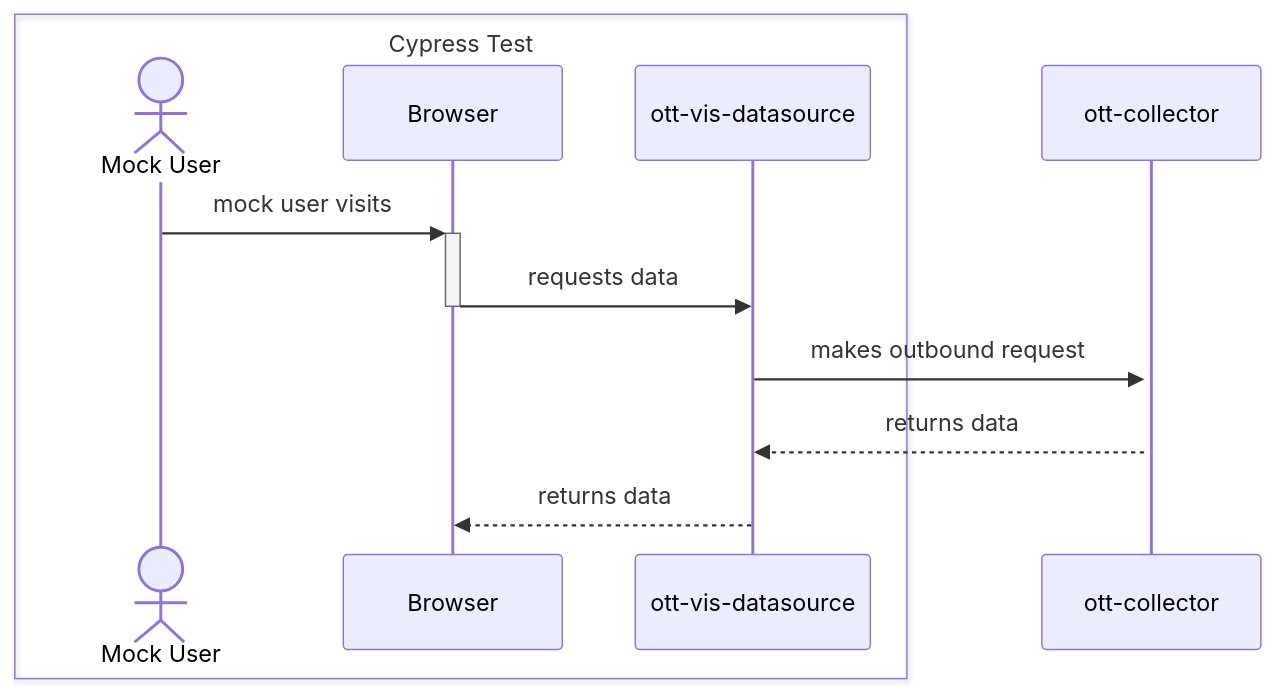
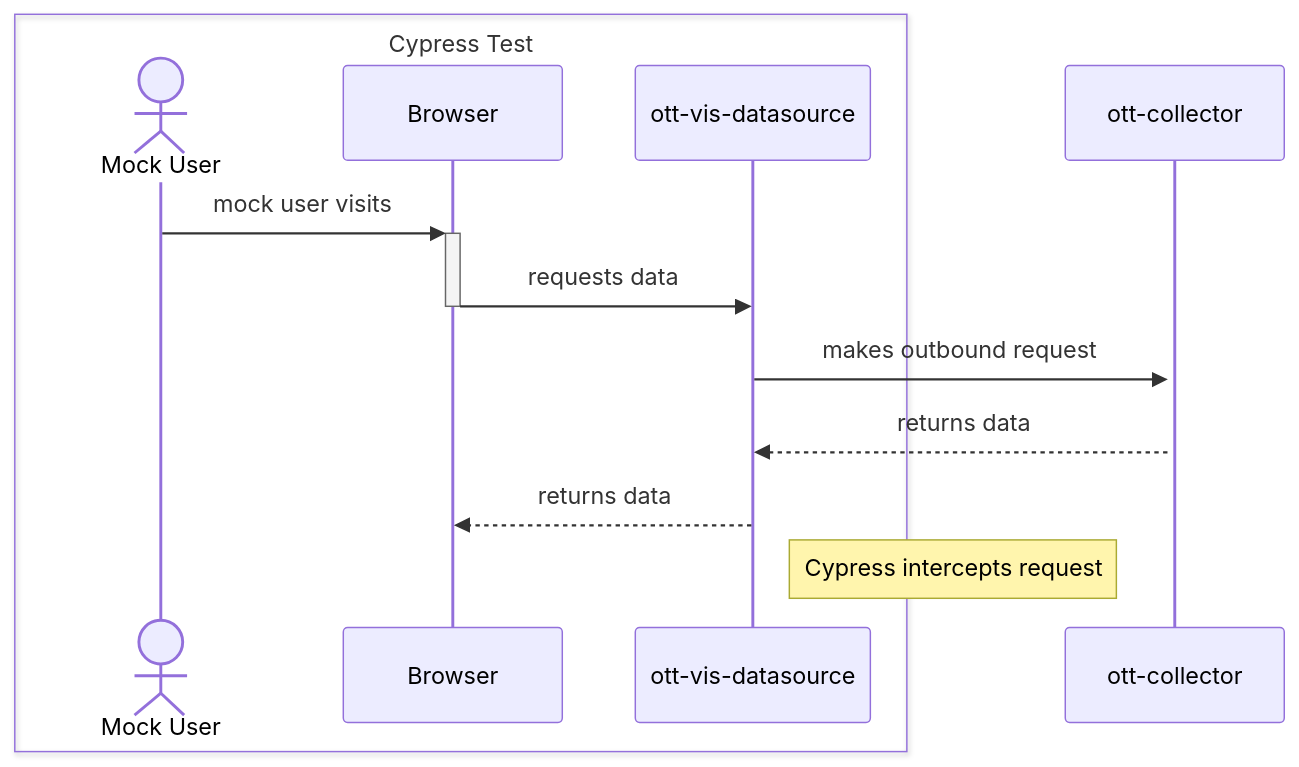
One commit to dyc3/senior-design changed the diagram in figures/vis/visualization-datasource-smoketest-sequence.mmd. Above: the diagram before and after it, drawn with Mermaid. The commit also changed 1 other file, not shown here.

```diff
--- a/figures/vis/visualization-datasource-smoketest-sequence.mmd
+++ b/figures/vis/visualization-datasource-smoketest-sequence.mmd
@@ -1,12 +1,14 @@
 sequenceDiagram
     box Cypress Test
     actor e2e as Mock User
     participant Browser
     participant ott-vis-datasource
     end
     
     e2e->>+Browser : mock user visits
     Browser->>-ott-vis-datasource : requests data
     ott-vis-datasource->>+ott-collector : makes outbound request
     ott-collector-->>ott-vis-datasource : returns data
     ott-vis-datasource-->>Browser : returns data
+
+    note right of ott-vis-datasource: Cypress intercepts request
```
